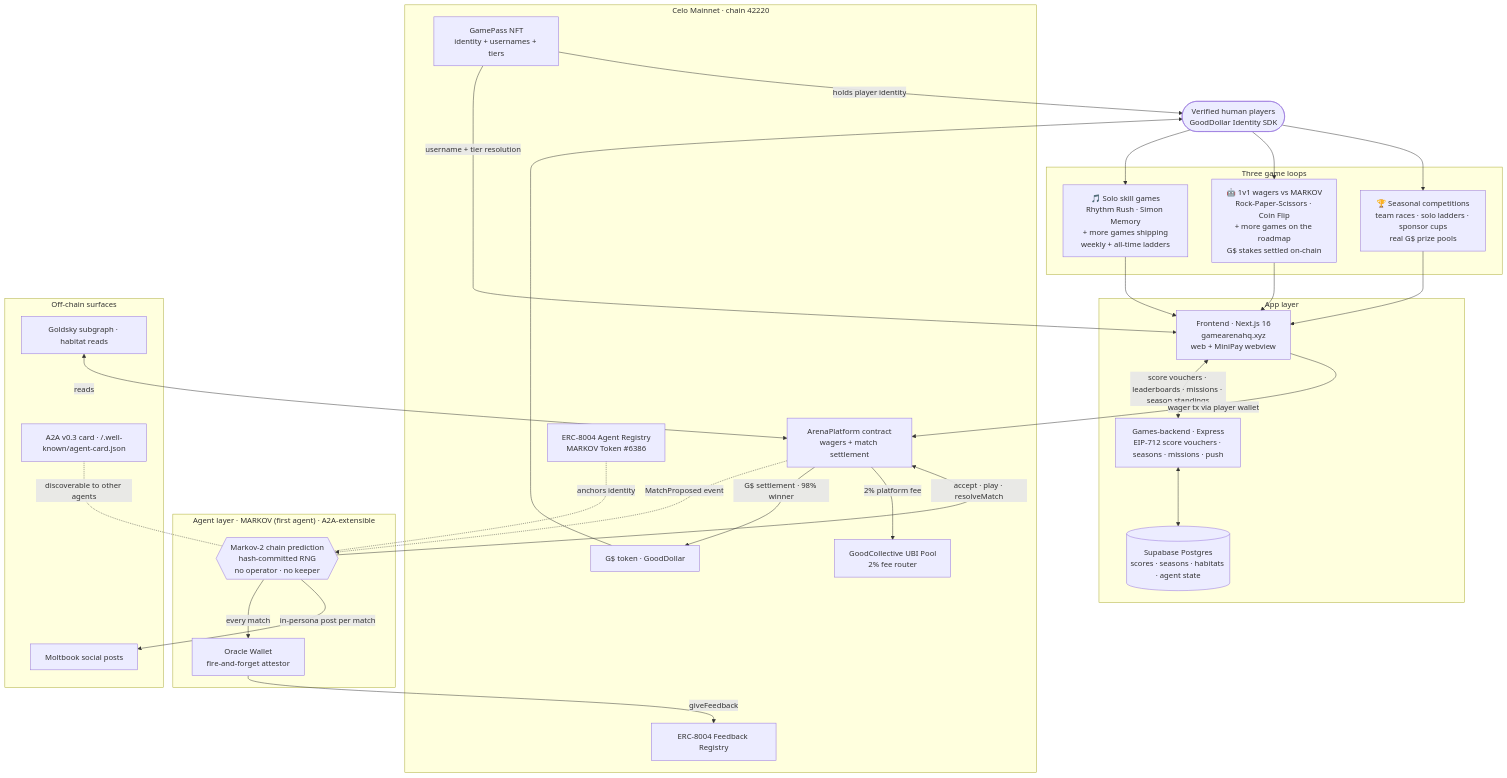
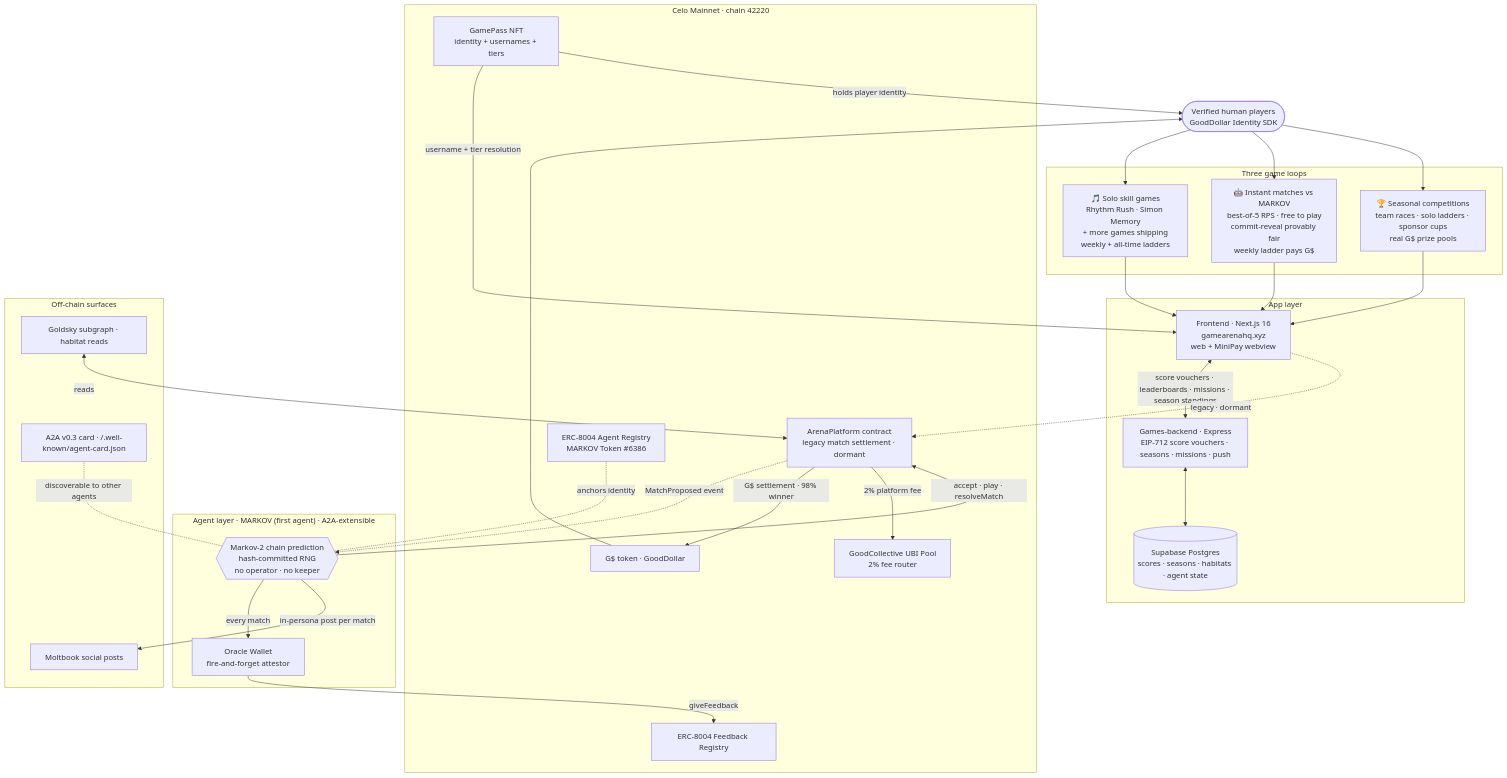
One commit to HACK3R-CRYPTO/Gamerstew changed the first of 2 diagrams in README.md. Above: the diagram before and after it, drawn with Mermaid. The commit also changed other lines of this file and 1 other file, not shown here.

First line of the commit message:
copy: free-arena framing across README and pitch

````diff
--- a/README.md
+++ b/README.md
@@ -45,63 +45,63 @@
 ```mermaid
 flowchart TB
     P([Verified human players<br/>GoodDollar Identity SDK])
 
     subgraph LOOPS["Three game loops"]
         SKILL[🎵 Solo skill games<br/>Rhythm Rush · Simon Memory<br/>+ more games shipping<br/>weekly + all-time ladders]
-        AGENTWAGER[🤖 1v1 wagers vs MARKOV<br/>Rock-Paper-Scissors · Coin Flip<br/>+ more games on the roadmap<br/>G$ stakes settled on-chain]
+        AGENTWAGER[🤖 Instant matches vs MARKOV<br/>best-of-5 RPS · free to play<br/>commit-reveal provably fair<br/>weekly ladder pays G$]
         SEASONS[🏆 Seasonal competitions<br/>team races · solo ladders · sponsor cups<br/>real G$ prize pools]
     end
 
     subgraph APP["App layer"]
         FE[Frontend · Next.js 16<br/>gamearenahq.xyz<br/>web + MiniPay webview]
         BE[Games-backend · Express<br/>EIP-712 score vouchers · seasons · missions · push]
         DB[(Supabase Postgres<br/>scores · seasons · habitats · agent state)]
     end
 
     subgraph CHAIN["Celo Mainnet · chain 42220"]
-        AP[ArenaPlatform contract<br/>wagers + match settlement]
+        AP[ArenaPlatform contract<br/>legacy match settlement · dormant]
         GP[GamePass NFT<br/>identity + usernames + tiers]
         GD[G$ token · GoodDollar]
         UBI[GoodCollective UBI Pool<br/>2% fee router]
         REG[ERC-8004 Agent Registry<br/>MARKOV Token #6386]
         FB[ERC-8004 Feedback Registry]
     end
 
     subgraph AGENT["Agent layer · MARKOV (first agent) · A2A-extensible"]
         M{{Markov-2 chain prediction<br/>hash-committed RNG<br/>no operator · no keeper}}
         OR[Oracle Wallet<br/>fire-and-forget attestor]
     end
 
     subgraph EXT["Off-chain surfaces"]
         MB[Moltbook social posts]
         A2A[A2A v0.3 card · /.well-known/agent-card.json]
         GK[Goldsky subgraph · habitat reads]
     end
 
     P --> SKILL
     P --> AGENTWAGER
     P --> SEASONS
 
     SKILL --> FE
     AGENTWAGER --> FE
     SEASONS --> FE
 
     FE <-->|score vouchers · leaderboards · missions · season standings| BE
     BE <--> DB
-    FE -->|wager tx via player wallet| AP
+    FE -.legacy · dormant.-> AP
     GP -->|username + tier resolution| FE
     GP -->|holds player identity| P
 
     AP -.MatchProposed event.-> M
     M -->|accept · play · resolveMatch| AP
     AP -->|G$ settlement · 98% winner| GD
     AP -->|2% platform fee| UBI
     GD --> P
 
     M -->|every match| OR
     OR -->|giveFeedback| FB
     M -->|in-persona post per match| MB
     REG -.anchors identity.- M
     A2A -.discoverable to other agents.- M
     GK <-->|reads| AP
 ```
````
